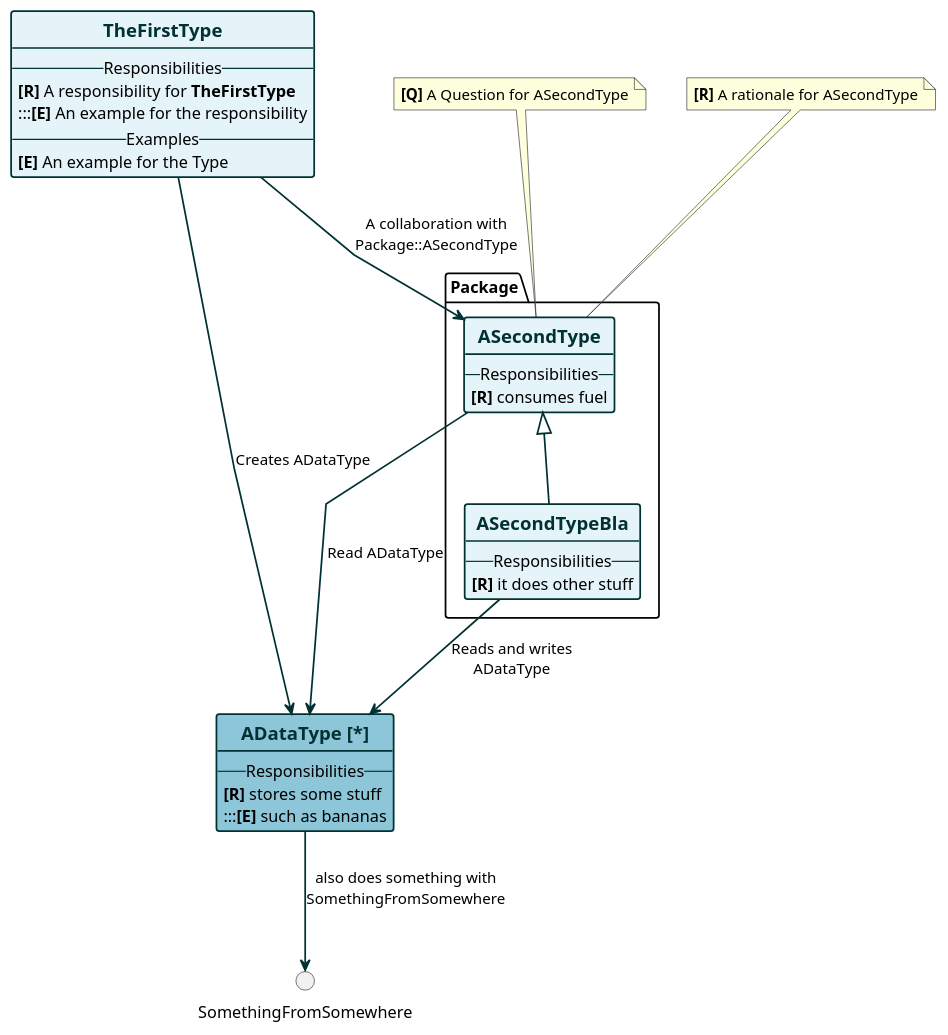
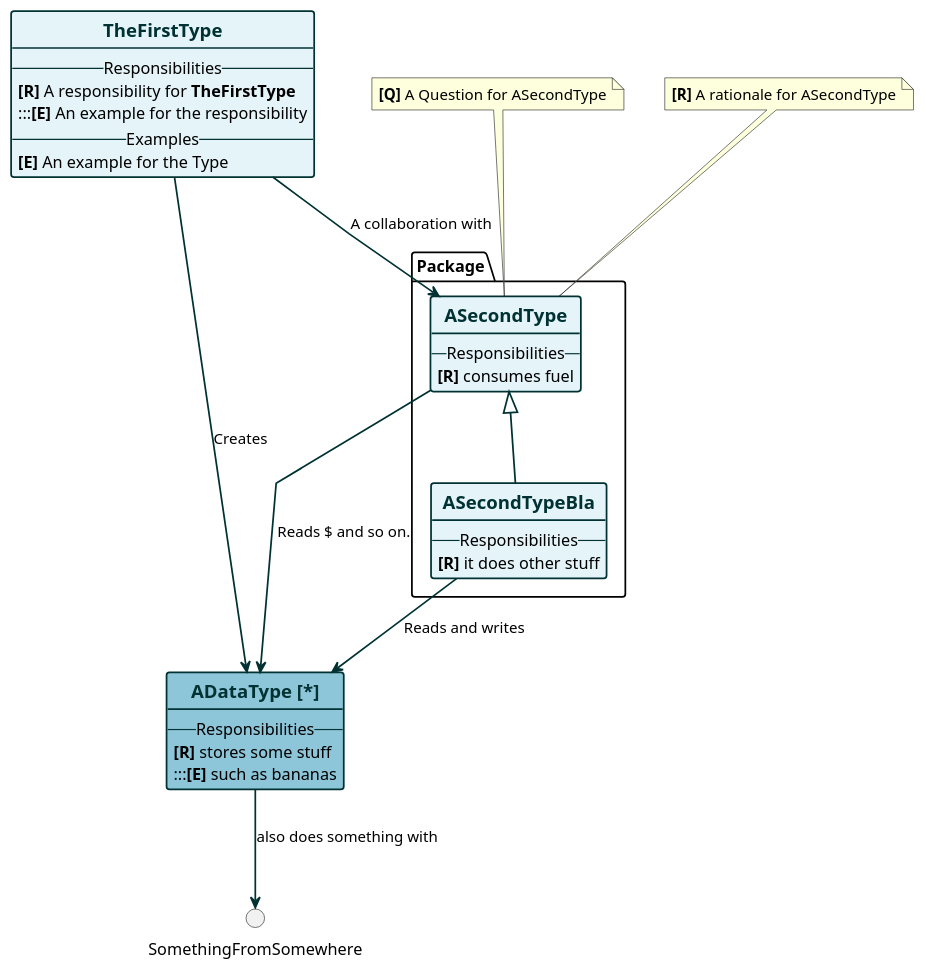
One commit to markusvoelter/CRCPlusPlus changed the diagram in example.md.plantuml. Above: the diagram before and after it, drawn with PlantUML. The commit also changed 3 other files, not shown here.

```diff
--- a/example.md.plantuml
+++ b/example.md.plantuml
@@ -1,46 +1,46 @@
 @startuml
 skinparam class {
   BackgroundColor #e5f4f9
   BackgroundColor<<data>> #8dc6d9
   BackgroundColor<<proxy>> #8dc6d9
   ArrowColor #003233
   BorderColor #003233
   ArrowThickness 1.5
   BorderThickness 1.5
   FontColor #003233
 }
 skinparam linetype polyline
 hide circles
 hide stereotype
 set separator ::
 
 class "<b><size:16>TheFirstType</size></b>" as TheFirstType  {
 -- Responsibilities --
   <b>[R]</b> A responsibility for <b>TheFirstType</b>
   :::<b>[E]</b> An example for the responsibility
 -- Examples --
   <b>[E]</b> An example for the Type
 }
-TheFirstType --> Package::ASecondType : A collaboration with\nPackage::ASecondType
-TheFirstType --> ADataType : Creates ADataType
+TheFirstType --> Package::ASecondType : A collaboration with
+TheFirstType --> ADataType : Creates
 class "<b><size:16>ASecondType</size></b>" as Package::ASecondType  {
 -- Responsibilities --
   <b>[R]</b> consumes fuel
 }
 note top of Package::ASecondType : <b>[Q]</b> A Question for ASecondType
 note top of Package::ASecondType : <b>[R]</b> A rationale for ASecondType
-Package::ASecondType --> ADataType : Read ADataType
+Package::ASecondType --> ADataType : Reads $ and so on.
 class "<b><size:16>ASecondTypeBla</size></b>" as Package::ASecondTypeBla  {
 -- Responsibilities --
   <b>[R]</b> it does other stuff
 }
-Package::ASecondTypeBla --> ADataType : Reads and writes\nADataType
+Package::ASecondTypeBla --> ADataType : Reads and writes
 Package::ASecondType <|-- Package::ASecondTypeBla
 circle SomethingFromSomewhere
 class "<b><size:16>ADataType [*]</size></b>" as ADataType <<data>> {
 -- Responsibilities --
   <b>[R]</b> stores some stuff
   :::<b>[E]</b> such as bananas
 }
-ADataType --> SomethingFromSomewhere : also does something with\nSomethingFromSomewhere
+ADataType --> SomethingFromSomewhere : also does something with
 @enduml
```
